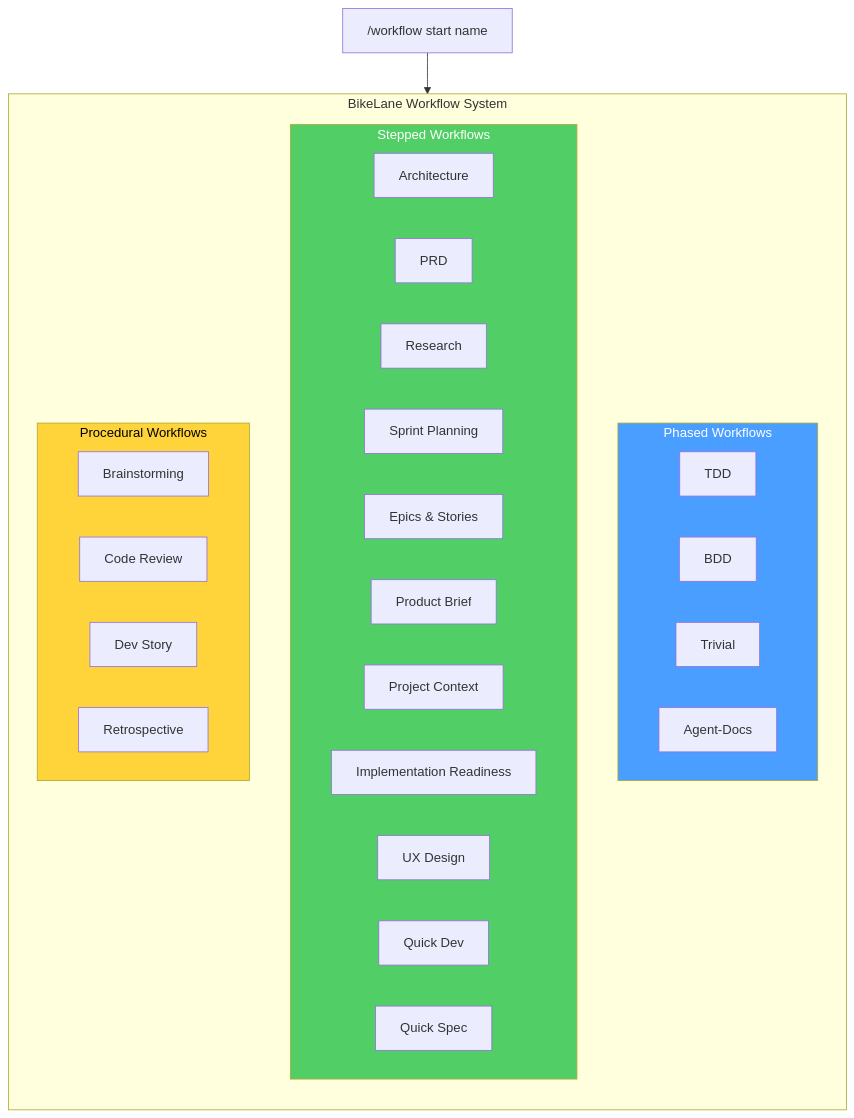
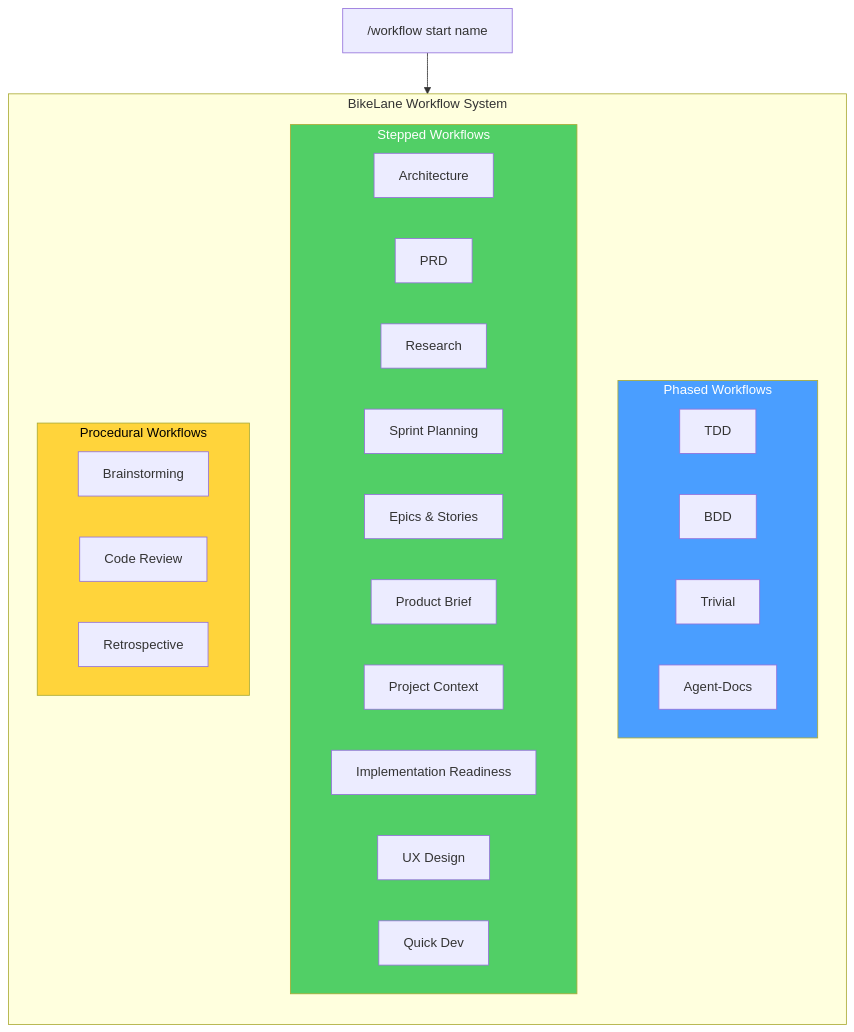
Before and after one commit to slabgorb/pennyfarthing: the first of 10 diagrams in docs/BIKELANE-DIAGRAMS.md, drawn with Mermaid. The commit also changed other lines of this file and 16 other files, not shown here.

First line of the commit message:
chore: remove dev-story and quick-spec workflows

````diff
--- a/docs/BIKELANE-DIAGRAMS.md
+++ b/docs/BIKELANE-DIAGRAMS.md
@@ -26,40 +26,38 @@
 ```mermaid
 flowchart TD
     subgraph BikeLane["BikeLane Workflow System"]
         direction TB
 
         subgraph Phased["Phased Workflows"]
             TDD["TDD"]
             BDD["BDD"]
             TRIV["Trivial"]
             ADOCS["Agent-Docs"]
         end
 
         subgraph Stepped["Stepped Workflows"]
             ARCH["Architecture"]
             PRD["PRD"]
             RES["Research"]
             SPRINT["Sprint Planning"]
             EPIC["Epics & Stories"]
             PBRIEF["Product Brief"]
             PCTX["Project Context"]
             IMPL["Implementation Readiness"]
             UXD["UX Design"]
             QDEV["Quick Dev"]
-            QSPEC["Quick Spec"]
         end
 
         subgraph Procedural["Procedural Workflows"]
             BRAIN["Brainstorming"]
             CREV["Code Review"]
-            DSTORY["Dev Story"]
             RETRO["Retrospective"]
         end
     end
 
     CMD["/workflow start name"] --> BikeLane
 
     style Phased fill:#4a9eff,color:white
     style Stepped fill:#51cf66,color:white
     style Procedural fill:#ffd43b,color:black
 ```
````
